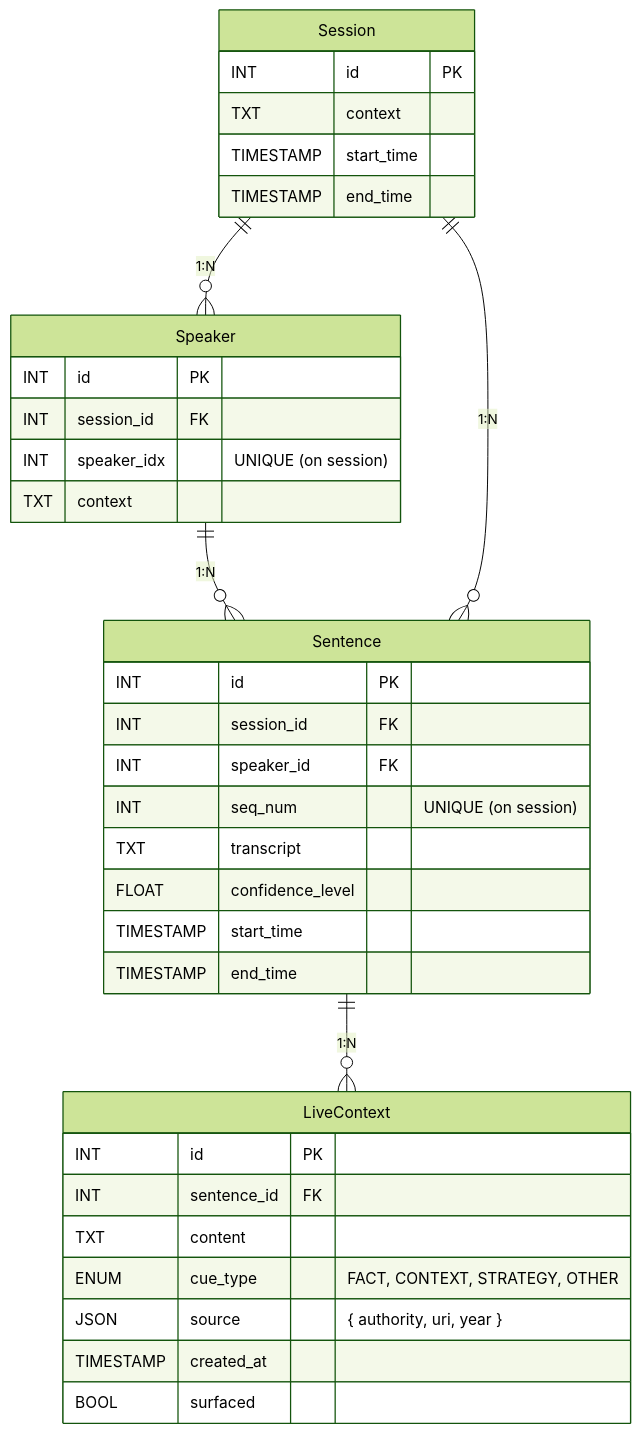
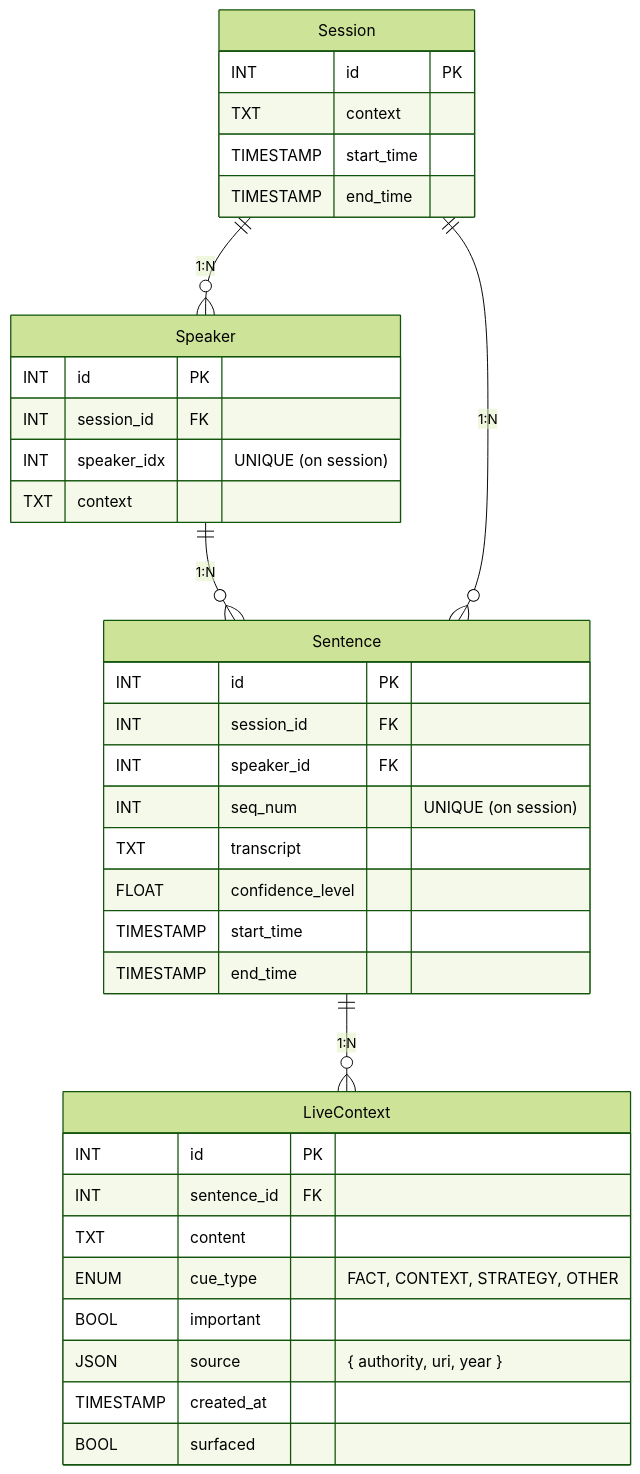
One commit to Teinc3/Auricue changed the second of 2 diagrams in docs/design.md. Above: the diagram before and after it, drawn with Mermaid (forest theme). The commit also changed 5 other files, not shown here.

````diff
--- a/docs/design.md
+++ b/docs/design.md
@@ -61,42 +61,43 @@
 ```mermaid
 erDiagram
     Session ||--o{ Speaker : "1:N"
     Speaker ||--o{ Sentence : "1:N"
     Session ||--o{ Sentence : "1:N"
     Sentence ||--o{ LiveContext : "1:N"
 
     Speaker {
         INT id PK
         INT session_id FK
         INT speaker_idx "UNIQUE (on session)"
         TXT context
     }
 
     Session {
         INT id PK
         TXT context
         TIMESTAMP start_time
         TIMESTAMP end_time
     }
 
     Sentence {
         INT id PK
         INT session_id FK
         INT speaker_id FK
         INT seq_num "UNIQUE (on session)"
         TXT transcript
         FLOAT confidence_level
         TIMESTAMP start_time
         TIMESTAMP end_time
     }
 
     LiveContext {
         INT id PK
         INT sentence_id FK
         TXT content
         ENUM cue_type "FACT, CONTEXT, STRATEGY, OTHER"
+        BOOL important
         JSON source "{ authority, uri, year }"
         TIMESTAMP created_at
         BOOL surfaced
     }
 ```
````
